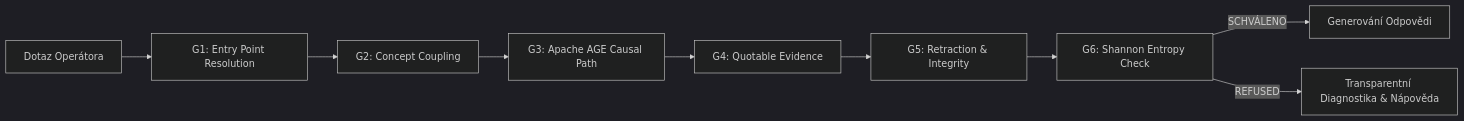
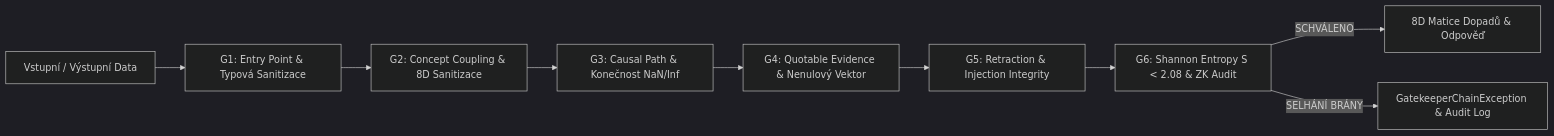
Before and after one commit to suseto-ui/OMNIS_00: the second of 3 diagrams in README.md, drawn with Mermaid (dark theme). The commit also changed other lines of this file and 35 other files, not shown here.

````diff
--- a/README.md
+++ b/README.md
@@ -100,11 +100,11 @@
 ```mermaid
 flowchart LR
-    Q[Dotaz Operátora] --> G1[G1: Entry Point Resolution]
-    G1 --> G2[G2: Concept Coupling]
-    G2 --> G3[G3: Apache AGE Causal Path]
-    G3 --> G4[G4: Quotable Evidence]
-    G4 --> G5[G5: Retraction & Integrity]
-    G5 --> G6[G6: Shannon Entropy Check]
-    G6 -->|SCHVÁLENO| EXEC[Generování Odpovědi]
-    G6 -->|REFUSED| REF[Transparentní Diagnostika & Nápověda]
+    Q[Vstupní / Výstupní Data] --> G1[G1: Entry Point & Typová Sanitizace]
+    G1 --> G2[G2: Concept Coupling & 8D Sanitizace]
+    G2 --> G3[G3: Causal Path & Konečnost NaN/Inf]
+    G3 --> G4[G4: Quotable Evidence & Nenulový Vektor]
+    G4 --> G5[G5: Retraction & Injection Integrity]
+    G5 --> G6[G6: Shannon Entropy S < 2.08 & ZK Audit]
+    G6 -->|SCHVÁLENO| MAT[8D Matice Dopadů & Odpověď]
+    G6 -->|SELHÁNÍ BRÁNY| EXC[GatekeeperChainException & Audit Log]
 ```
````
